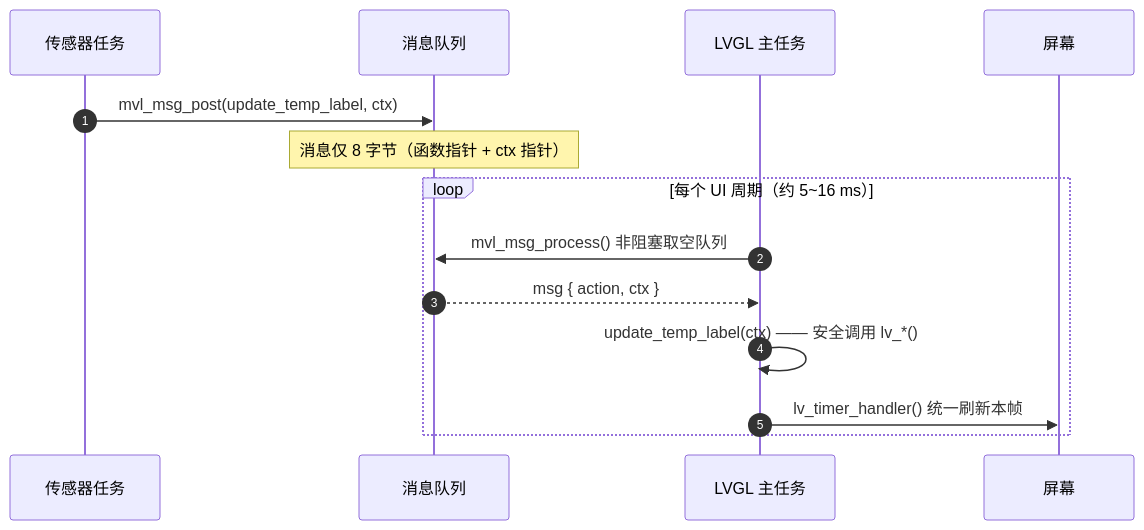
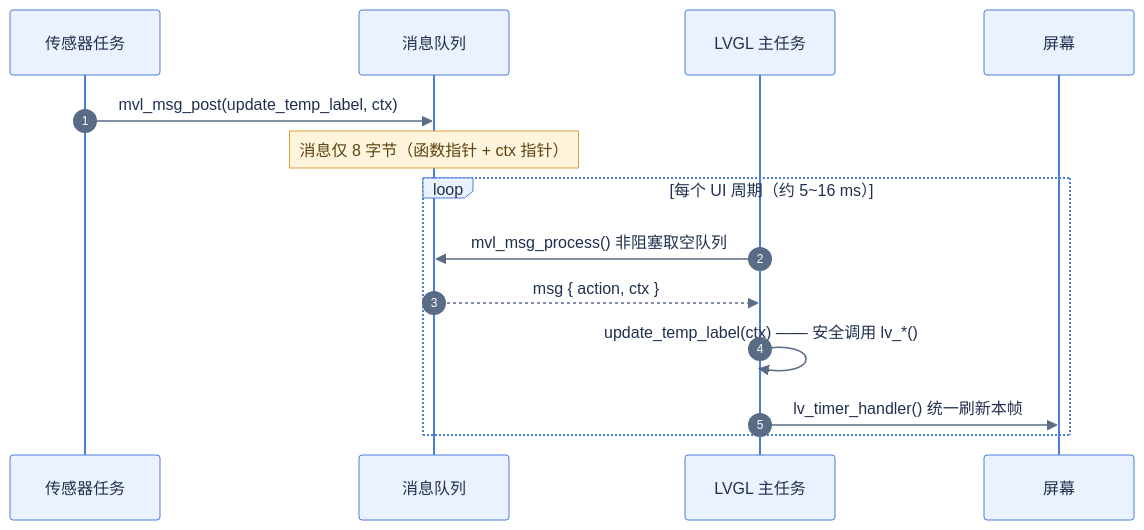
Before and after one commit to smallerxuan/mvl: the diagram in docs/assets/design_04.mmd, drawn with Mermaid. The commit also changed 16 other files, not shown here.

First line of the commit message:
docs: 全文档图统一为本地渲染 PNG 并套用新主题

```diff
--- a/docs/assets/design_04.mmd
+++ b/docs/assets/design_04.mmd
@@ -1,15 +1,16 @@
+%%{init: {"theme":"base","themeVariables":{"fontSize":"15px","actorBkg":"#EAF2FF","actorBorder":"#4C7DD9","actorTextColor":"#20304D","signalColor":"#5A6B85","signalTextColor":"#20304D","noteBkgColor":"#FFF4DC","noteBorderColor":"#D9A13B","noteTextColor":"#5C4310","labelBoxBkgColor":"#EAF2FF","labelBoxBorderColor":"#4C7DD9","loopTextColor":"#20304D","activationBorderColor":"#4C7DD9","activationBkgColor":"#D7E6FF","sequenceNumberColor":"#FFFFFF"}}}%%
 sequenceDiagram
     autonumber
     participant T as 传感器任务
     participant Q as 消息队列
     participant G as LVGL 主任务
     participant S as 屏幕
 
     T->>Q: mvl_msg_post(update_temp_label, ctx)
     Note over Q: 消息仅 8 字节（函数指针 + ctx 指针）
     loop 每个 UI 周期（约 5~16 ms）
         G->>Q: mvl_msg_process() 非阻塞取空队列
         Q-->>G: msg { action, ctx }
         G->>G: update_temp_label(ctx) —— 安全调用 lv_*()
         G->>S: lv_timer_handler() 统一刷新本帧
     end
```
